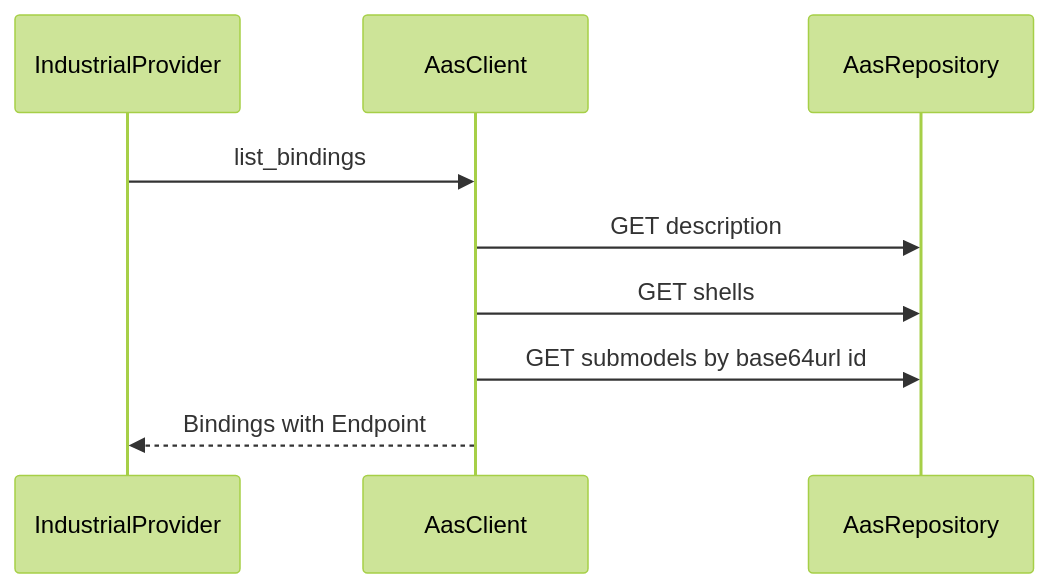
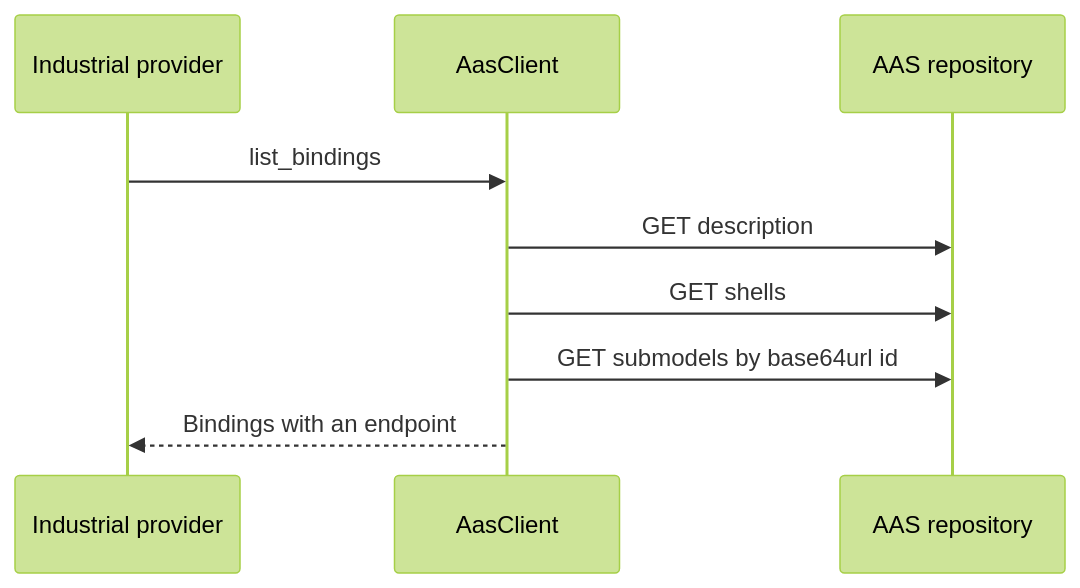
Before and after one commit to A3Analytics/a2a-lab-dev-kit-rs: the diagram in backlog/docs/reference/aas/doc-6 - Asset-Administration-Shell.md, drawn with Mermaid (forest theme). The commit also changed other lines of this file and 20 other files, not shown here.

````diff
--- a/backlog/docs/reference/aas/doc-6 - Asset-Administration-Shell.md
+++ b/backlog/docs/reference/aas/doc-6 - Asset-Administration-Shell.md
@@ -17,11 +17,13 @@
 ```mermaid
 sequenceDiagram
-  participant Ind as IndustrialProvider
-  participant Cat as AasClient
-  participant Repo as AasRepository
-  Ind->>Cat: list_bindings
-  Cat->>Repo: GET description
-  Cat->>Repo: GET shells
-  Cat->>Repo: GET submodels by base64url id
-  Cat-->>Ind: Bindings with Endpoint
+  accTitle: Catalog read sequence
+  accDescr: An industrial provider calls list_bindings on AasClient. AasClient reads description, shells, and each submodel from the AAS repository, then returns bindings.
+  participant Provider as Industrial provider
+  participant Client as AasClient
+  participant Repo as AAS repository
+  Provider->>Client: list_bindings
+  Client->>Repo: GET description
+  Client->>Repo: GET shells
+  Client->>Repo: GET submodels by base64url id
+  Client-->>Provider: Bindings with an endpoint
 ```
````
